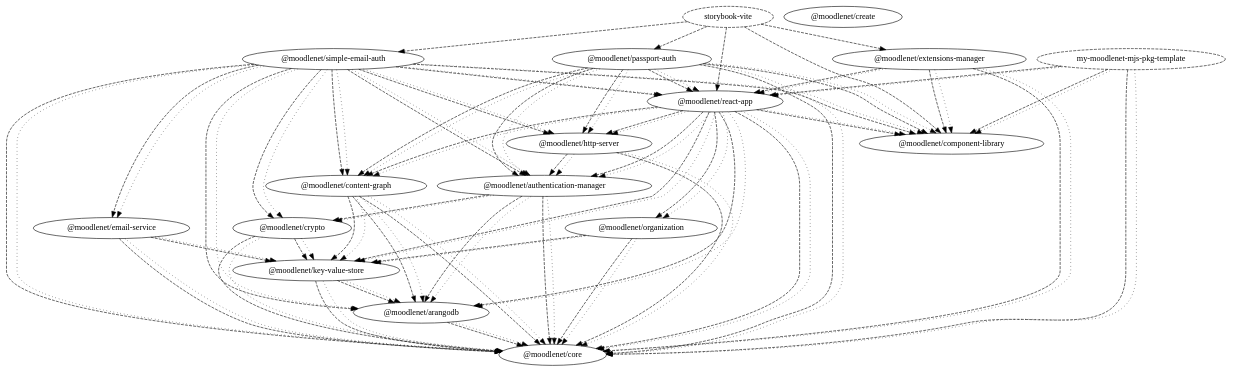
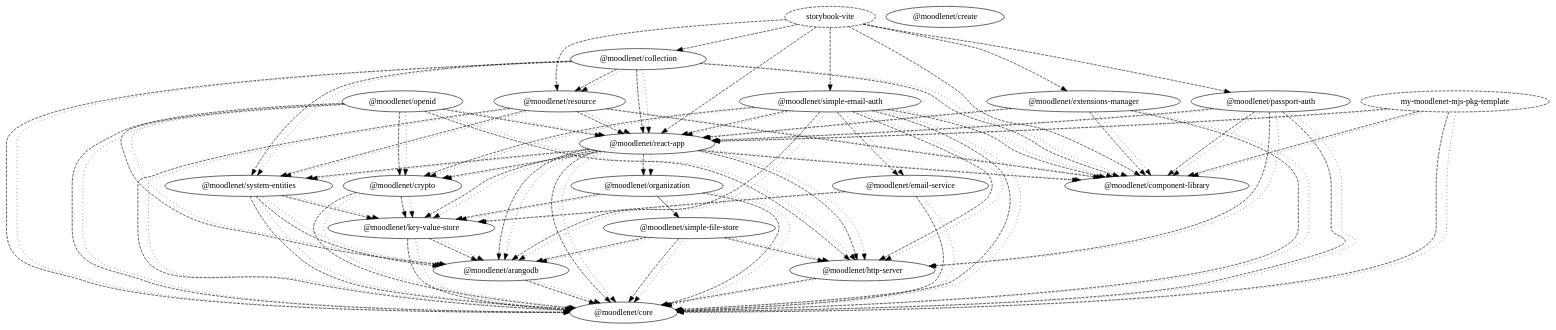
One commit to moodle/moodlenet changed the diagram in dependency-graph.dot. Above: the diagram before and after it, drawn with Graphviz. The commit also changed 42 other files, not shown here.

Commit message:
removed authentication-manager

```diff
--- a/dependency-graph.dot
+++ b/dependency-graph.dot
@@ -1,116 +1,140 @@
 digraph G {
   "@moodlenet/arangodb";
   "@moodlenet/core";
-  "@moodlenet/authentication-manager";
+  "@moodlenet/collection";
+  "@moodlenet/component-library";
+  "@moodlenet/resource";
+  "@moodlenet/system-entities";
+  "@moodlenet/react-app";
+  "@moodlenet/create";
   "@moodlenet/crypto";
-  "@moodlenet/component-library";
-  "@moodlenet/content-graph";
   "@moodlenet/key-value-store";
-  "@moodlenet/create";
   "@moodlenet/email-service";
   "@moodlenet/extensions-manager";
-  "@moodlenet/react-app";
   "@moodlenet/http-server";
   "my-moodlenet-mjs-pkg-template" [ style = "dashed" ];
+  "@moodlenet/openid";
   "@moodlenet/organization";
+  "@moodlenet/simple-file-store";
   "@moodlenet/passport-auth";
   "@moodlenet/simple-email-auth";
   "storybook-vite" [ style = "dashed" ];
   "@moodlenet/arangodb" -> "@moodlenet/core" [ style = "dashed" ];
   "@moodlenet/arangodb" -> "@moodlenet/core" [ style = "dotted" ];
-  "@moodlenet/authentication-manager" -> "@moodlenet/arangodb" [ style = "dashed" ];
-  "@moodlenet/authentication-manager" -> "@moodlenet/core" [ style = "dashed" ];
-  "@moodlenet/authentication-manager" -> "@moodlenet/crypto" [ style = "dashed" ];
-  "@moodlenet/authentication-manager" -> "@moodlenet/arangodb" [ style = "dotted" ];
-  "@moodlenet/authentication-manager" -> "@moodlenet/core" [ style = "dotted" ];
-  "@moodlenet/authentication-manager" -> "@moodlenet/crypto" [ style = "dotted" ];
-  "@moodlenet/content-graph" -> "@moodlenet/arangodb" [ style = "dashed" ];
-  "@moodlenet/content-graph" -> "@moodlenet/core" [ style = "dashed" ];
-  "@moodlenet/content-graph" -> "@moodlenet/key-value-store" [ style = "dashed" ];
-  "@moodlenet/content-graph" -> "@moodlenet/arangodb" [ style = "dotted" ];
-  "@moodlenet/content-graph" -> "@moodlenet/core" [ style = "dotted" ];
-  "@moodlenet/content-graph" -> "@moodlenet/key-value-store" [ style = "dotted" ];
+  "@moodlenet/collection" -> "@moodlenet/component-library" [ style = "dashed" ];
+  "@moodlenet/collection" -> "@moodlenet/resource" [ style = "dashed" ];
+  "@moodlenet/collection" -> "@moodlenet/system-entities" [ style = "dashed" ];
+  "@moodlenet/collection" -> "@moodlenet/core" [ style = "dashed" ];
+  "@moodlenet/collection" -> "@moodlenet/react-app" [ style = "dashed" ];
+  "@moodlenet/collection" -> "@moodlenet/component-library" [ style = "dotted" ];
+  "@moodlenet/collection" -> "@moodlenet/resource" [ style = "dotted" ];
+  "@moodlenet/collection" -> "@moodlenet/system-entities" [ style = "dotted" ];
+  "@moodlenet/collection" -> "@moodlenet/core" [ style = "dotted" ];
+  "@moodlenet/collection" -> "@moodlenet/react-app" [ style = "dotted" ];
   "@moodlenet/crypto" -> "@moodlenet/core" [ style = "dashed" ];
   "@moodlenet/crypto" -> "@moodlenet/key-value-store" [ style = "dashed" ];
   "@moodlenet/crypto" -> "@moodlenet/core" [ style = "dotted" ];
   "@moodlenet/crypto" -> "@moodlenet/key-value-store" [ style = "dotted" ];
   "@moodlenet/email-service" -> "@moodlenet/core" [ style = "dashed" ];
   "@moodlenet/email-service" -> "@moodlenet/key-value-store" [ style = "dashed" ];
   "@moodlenet/email-service" -> "@moodlenet/core" [ style = "dotted" ];
   "@moodlenet/email-service" -> "@moodlenet/key-value-store" [ style = "dotted" ];
   "@moodlenet/extensions-manager" -> "@moodlenet/component-library" [ style = "dashed" ];
   "@moodlenet/extensions-manager" -> "@moodlenet/core" [ style = "dashed" ];
   "@moodlenet/extensions-manager" -> "@moodlenet/react-app" [ style = "dashed" ];
   "@moodlenet/extensions-manager" -> "@moodlenet/component-library" [ style = "dotted" ];
   "@moodlenet/extensions-manager" -> "@moodlenet/core" [ style = "dotted" ];
   "@moodlenet/extensions-manager" -> "@moodlenet/react-app" [ style = "dotted" ];
-  "@moodlenet/http-server" -> "@moodlenet/authentication-manager" [ style = "dashed" ];
   "@moodlenet/http-server" -> "@moodlenet/core" [ style = "dashed" ];
-  "@moodlenet/http-server" -> "@moodlenet/authentication-manager" [ style = "dotted" ];
   "@moodlenet/http-server" -> "@moodlenet/core" [ style = "dotted" ];
   "@moodlenet/key-value-store" -> "@moodlenet/arangodb" [ style = "dashed" ];
   "@moodlenet/key-value-store" -> "@moodlenet/core" [ style = "dashed" ];
   "@moodlenet/key-value-store" -> "@moodlenet/arangodb" [ style = "dotted" ];
   "@moodlenet/key-value-store" -> "@moodlenet/core" [ style = "dotted" ];
   "my-moodlenet-mjs-pkg-template" -> "@moodlenet/component-library" [ style = "dashed" ];
   "my-moodlenet-mjs-pkg-template" -> "@moodlenet/core" [ style = "dashed" ];
   "my-moodlenet-mjs-pkg-template" -> "@moodlenet/react-app" [ style = "dashed" ];
   "my-moodlenet-mjs-pkg-template" -> "@moodlenet/component-library" [ style = "dotted" ];
   "my-moodlenet-mjs-pkg-template" -> "@moodlenet/core" [ style = "dotted" ];
   "my-moodlenet-mjs-pkg-template" -> "@moodlenet/react-app" [ style = "dotted" ];
+  "@moodlenet/openid" -> "@moodlenet/http-server" [ style = "dashed" ];
+  "@moodlenet/openid" -> "@moodlenet/arangodb" [ style = "dashed" ];
+  "@moodlenet/openid" -> "@moodlenet/core" [ style = "dashed" ];
+  "@moodlenet/openid" -> "@moodlenet/crypto" [ style = "dashed" ];
+  "@moodlenet/openid" -> "@moodlenet/react-app" [ style = "dashed" ];
+  "@moodlenet/openid" -> "@moodlenet/http-server" [ style = "dotted" ];
+  "@moodlenet/openid" -> "@moodlenet/arangodb" [ style = "dotted" ];
+  "@moodlenet/openid" -> "@moodlenet/core" [ style = "dotted" ];
+  "@moodlenet/openid" -> "@moodlenet/crypto" [ style = "dotted" ];
+  "@moodlenet/openid" -> "@moodlenet/react-app" [ style = "dotted" ];
+  "@moodlenet/organization" -> "@moodlenet/simple-file-store";
   "@moodlenet/organization" -> "@moodlenet/core" [ style = "dashed" ];
   "@moodlenet/organization" -> "@moodlenet/key-value-store" [ style = "dashed" ];
   "@moodlenet/organization" -> "@moodlenet/core" [ style = "dotted" ];
   "@moodlenet/organization" -> "@moodlenet/key-value-store" [ style = "dotted" ];
-  "@moodlenet/passport-auth" -> "@moodlenet/authentication-manager" [ style = "dashed" ];
   "@moodlenet/passport-auth" -> "@moodlenet/component-library" [ style = "dashed" ];
-  "@moodlenet/passport-auth" -> "@moodlenet/content-graph" [ style = "dashed" ];
   "@moodlenet/passport-auth" -> "@moodlenet/core" [ style = "dashed" ];
   "@moodlenet/passport-auth" -> "@moodlenet/http-server" [ style = "dashed" ];
   "@moodlenet/passport-auth" -> "@moodlenet/react-app" [ style = "dashed" ];
-  "@moodlenet/passport-auth" -> "@moodlenet/authentication-manager" [ style = "dotted" ];
   "@moodlenet/passport-auth" -> "@moodlenet/component-library" [ style = "dotted" ];
-  "@moodlenet/passport-auth" -> "@moodlenet/content-graph" [ style = "dotted" ];
   "@moodlenet/passport-auth" -> "@moodlenet/core" [ style = "dotted" ];
   "@moodlenet/passport-auth" -> "@moodlenet/http-server" [ style = "dotted" ];
   "@moodlenet/passport-auth" -> "@moodlenet/react-app" [ style = "dotted" ];
   "@moodlenet/react-app" -> "@moodlenet/arangodb" [ style = "dashed" ];
-  "@moodlenet/react-app" -> "@moodlenet/authentication-manager" [ style = "dashed" ];
   "@moodlenet/react-app" -> "@moodlenet/component-library" [ style = "dashed" ];
-  "@moodlenet/react-app" -> "@moodlenet/content-graph" [ style = "dashed" ];
   "@moodlenet/react-app" -> "@moodlenet/core" [ style = "dashed" ];
+  "@moodlenet/react-app" -> "@moodlenet/crypto" [ style = "dashed" ];
   "@moodlenet/react-app" -> "@moodlenet/http-server" [ style = "dashed" ];
   "@moodlenet/react-app" -> "@moodlenet/key-value-store" [ style = "dashed" ];
   "@moodlenet/react-app" -> "@moodlenet/organization" [ style = "dashed" ];
+  "@moodlenet/react-app" -> "@moodlenet/system-entities" [ style = "dashed" ];
   "@moodlenet/react-app" -> "@moodlenet/arangodb" [ style = "dotted" ];
-  "@moodlenet/react-app" -> "@moodlenet/authentication-manager" [ style = "dotted" ];
   "@moodlenet/react-app" -> "@moodlenet/component-library" [ style = "dotted" ];
-  "@moodlenet/react-app" -> "@moodlenet/content-graph" [ style = "dotted" ];
   "@moodlenet/react-app" -> "@moodlenet/core" [ style = "dotted" ];
+  "@moodlenet/react-app" -> "@moodlenet/crypto" [ style = "dotted" ];
   "@moodlenet/react-app" -> "@moodlenet/http-server" [ style = "dotted" ];
   "@moodlenet/react-app" -> "@moodlenet/key-value-store" [ style = "dotted" ];
   "@moodlenet/react-app" -> "@moodlenet/organization" [ style = "dotted" ];
+  "@moodlenet/react-app" -> "@moodlenet/system-entities" [ style = "dotted" ];
+  "@moodlenet/resource" -> "@moodlenet/component-library" [ style = "dashed" ];
+  "@moodlenet/resource" -> "@moodlenet/system-entities" [ style = "dashed" ];
+  "@moodlenet/resource" -> "@moodlenet/core" [ style = "dashed" ];
+  "@moodlenet/resource" -> "@moodlenet/react-app" [ style = "dashed" ];
+  "@moodlenet/resource" -> "@moodlenet/component-library" [ style = "dotted" ];
+  "@moodlenet/resource" -> "@moodlenet/system-entities" [ style = "dotted" ];
+  "@moodlenet/resource" -> "@moodlenet/core" [ style = "dotted" ];
+  "@moodlenet/resource" -> "@moodlenet/react-app" [ style = "dotted" ];
   "@moodlenet/simple-email-auth" -> "@moodlenet/arangodb" [ style = "dashed" ];
-  "@moodlenet/simple-email-auth" -> "@moodlenet/authentication-manager" [ style = "dashed" ];
   "@moodlenet/simple-email-auth" -> "@moodlenet/component-library" [ style = "dashed" ];
-  "@moodlenet/simple-email-auth" -> "@moodlenet/content-graph" [ style = "dashed" ];
   "@moodlenet/simple-email-auth" -> "@moodlenet/core" [ style = "dashed" ];
   "@moodlenet/simple-email-auth" -> "@moodlenet/crypto" [ style = "dashed" ];
   "@moodlenet/simple-email-auth" -> "@moodlenet/email-service" [ style = "dashed" ];
   "@moodlenet/simple-email-auth" -> "@moodlenet/http-server" [ style = "dashed" ];
   "@moodlenet/simple-email-auth" -> "@moodlenet/react-app" [ style = "dashed" ];
   "@moodlenet/simple-email-auth" -> "@moodlenet/arangodb" [ style = "dotted" ];
-  "@moodlenet/simple-email-auth" -> "@moodlenet/authentication-manager" [ style = "dotted" ];
   "@moodlenet/simple-email-auth" -> "@moodlenet/component-library" [ style = "dotted" ];
-  "@moodlenet/simple-email-auth" -> "@moodlenet/content-graph" [ style = "dotted" ];
   "@moodlenet/simple-email-auth" -> "@moodlenet/core" [ style = "dotted" ];
   "@moodlenet/simple-email-auth" -> "@moodlenet/crypto" [ style = "dotted" ];
   "@moodlenet/simple-email-auth" -> "@moodlenet/email-service" [ style = "dotted" ];
   "@moodlenet/simple-email-auth" -> "@moodlenet/http-server" [ style = "dotted" ];
   "@moodlenet/simple-email-auth" -> "@moodlenet/react-app" [ style = "dotted" ];
+  "@moodlenet/simple-file-store" -> "@moodlenet/arangodb" [ style = "dashed" ];
+  "@moodlenet/simple-file-store" -> "@moodlenet/core" [ style = "dashed" ];
+  "@moodlenet/simple-file-store" -> "@moodlenet/http-server" [ style = "dashed" ];
+  "@moodlenet/simple-file-store" -> "@moodlenet/arangodb" [ style = "dotted" ];
+  "@moodlenet/simple-file-store" -> "@moodlenet/core" [ style = "dotted" ];
+  "@moodlenet/simple-file-store" -> "@moodlenet/http-server" [ style = "dotted" ];
   "storybook-vite" -> "@moodlenet/component-library" [ style = "dashed" ];
   "storybook-vite" -> "@moodlenet/extensions-manager" [ style = "dashed" ];
   "storybook-vite" -> "@moodlenet/passport-auth" [ style = "dashed" ];
   "storybook-vite" -> "@moodlenet/react-app" [ style = "dashed" ];
   "storybook-vite" -> "@moodlenet/simple-email-auth" [ style = "dashed" ];
+  "storybook-vite" -> "@moodlenet/resource" [ style = "dashed" ];
+  "storybook-vite" -> "@moodlenet/collection" [ style = "dashed" ];
+  "@moodlenet/system-entities" -> "@moodlenet/arangodb" [ style = "dashed" ];
+  "@moodlenet/system-entities" -> "@moodlenet/core" [ style = "dashed" ];
+  "@moodlenet/system-entities" -> "@moodlenet/key-value-store" [ style = "dashed" ];
+  "@moodlenet/system-entities" -> "@moodlenet/arangodb" [ style = "dotted" ];
+  "@moodlenet/system-entities" -> "@moodlenet/core" [ style = "dotted" ];
+  "@moodlenet/system-entities" -> "@moodlenet/key-value-store" [ style = "dotted" ];
 }
```
